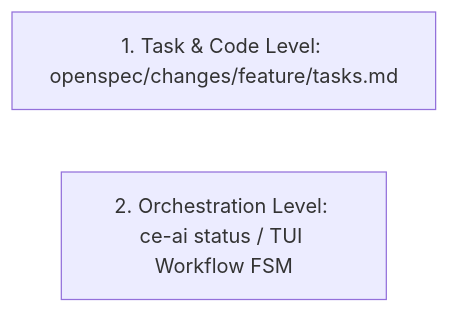
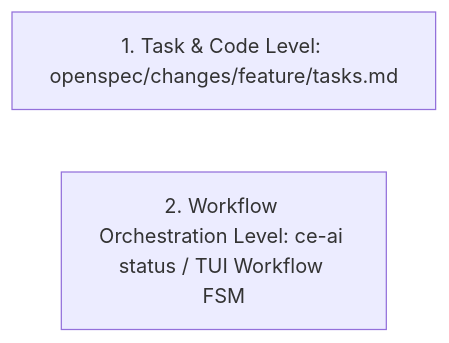
The third of 3 diagrams in docs/user-guide/compound-engineering-workflow-explained.md (mastepanoski/ce-ai), drawn with Mermaid before and after one commit. The commit also changed 6 other files, not shown here.

Commit message:
docs(positioning): align workflow orchestration and governance terminology (#422)

````diff
--- a/docs/user-guide/compound-engineering-workflow-explained.md
+++ b/docs/user-guide/compound-engineering-workflow-explained.md
@@ -108,5 +108,5 @@
 ```mermaid
 flowchart LR
     TASK_LEVEL["1. Task & Code Level: openspec/changes/feature/tasks.md"]
-    WORKFLOW_LEVEL["2. Orchestration Level: ce-ai status / TUI Workflow FSM"]
+    WORKFLOW_LEVEL["2. Workflow Orchestration Level: ce-ai status / TUI Workflow FSM"]
 ```
````
